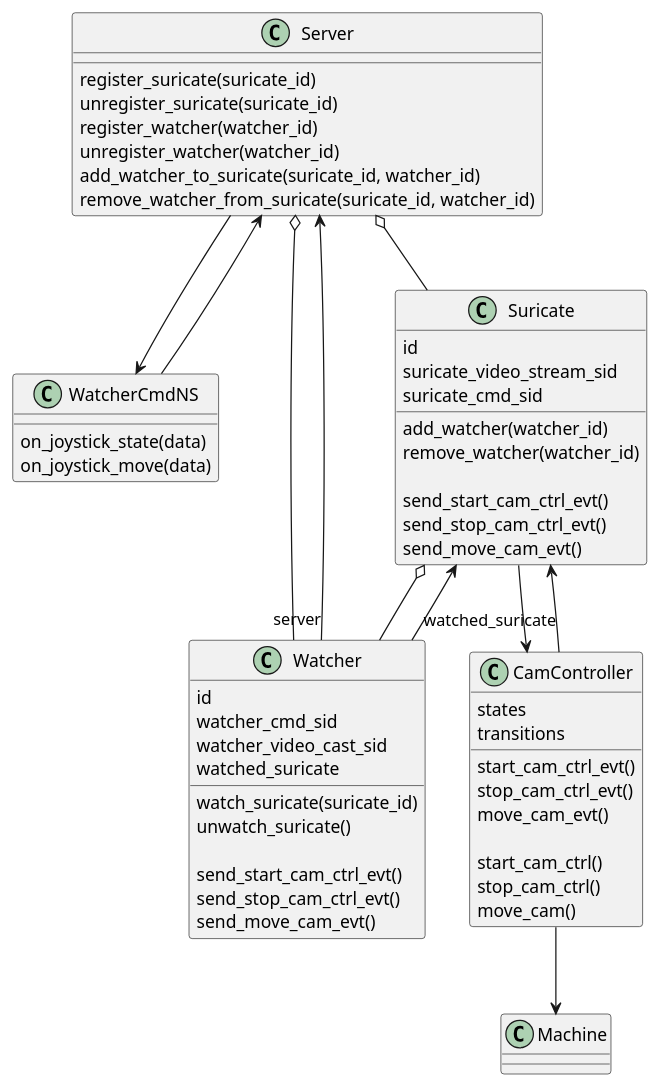
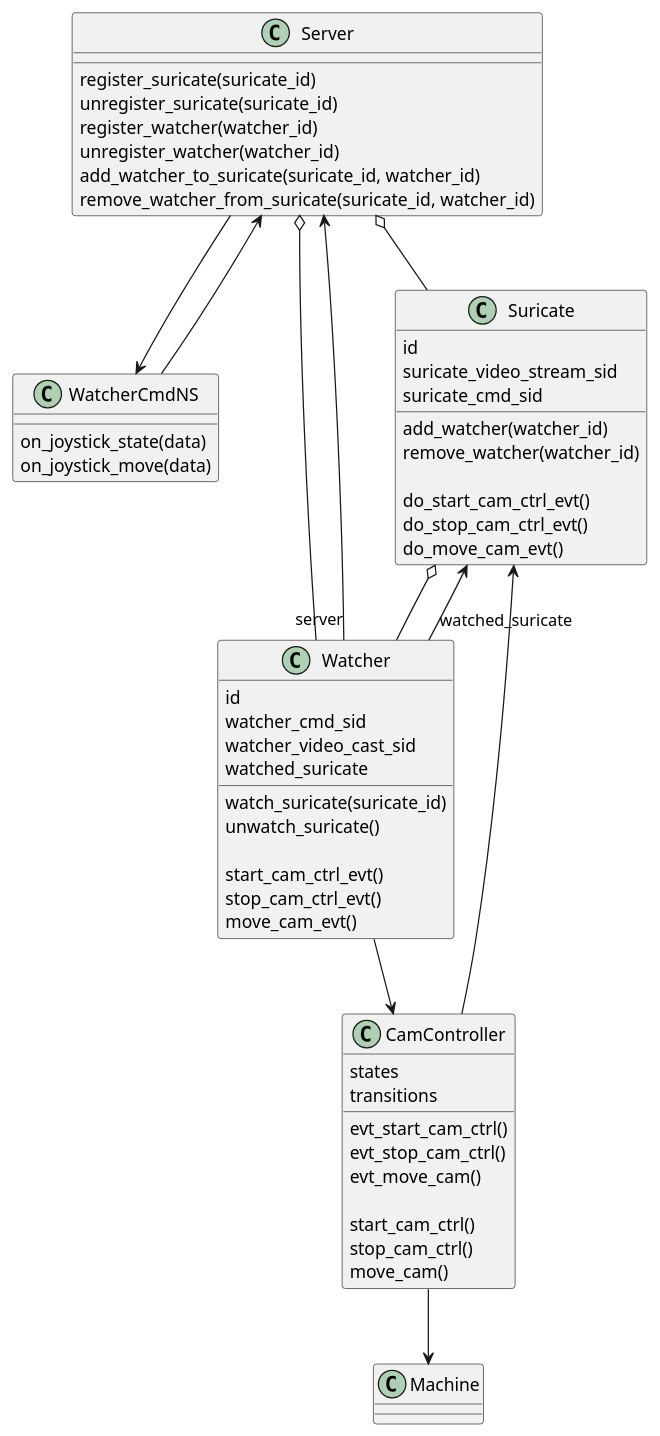
One commit to dkleinbe/suricatewatcher_server changed the diagram in doc/class.puml. Above: the diagram before and after it, drawn with PlantUML. The commit also changed 6 other files, not shown here.

```diff
--- a/doc/class.puml
+++ b/doc/class.puml
@@ -1,84 +1,84 @@
 @startuml classdiag
 
 class Server {
 
   register_suricate(suricate_id)
   unregister_suricate(suricate_id)
   register_watcher(watcher_id)
   unregister_watcher(watcher_id)
   add_watcher_to_suricate(suricate_id, watcher_id)
   remove_watcher_from_suricate(suricate_id, watcher_id)
 }
 
 class WatcherCmdNS {
   on_joystick_state(data)
   on_joystick_move(data)
 }
 
 class Suricate {
 
   id
   suricate_video_stream_sid
   suricate_cmd_sid
   
   add_watcher(watcher_id)
   remove_watcher(watcher_id)
 
-  send_start_cam_ctrl_evt()
-  send_stop_cam_ctrl_evt()
-  send_move_cam_evt()
+  do_start_cam_ctrl_evt()
+  do_stop_cam_ctrl_evt()
+  do_move_cam_evt()
 }
 
 class Watcher {
   id
   watcher_cmd_sid
   watcher_video_cast_sid
   watched_suricate
 
   watch_suricate(suricate_id)
   unwatch_suricate()
 
-  send_start_cam_ctrl_evt()
-  send_stop_cam_ctrl_evt()
-  send_move_cam_evt()
+  start_cam_ctrl_evt()
+  stop_cam_ctrl_evt()
+  move_cam_evt()
 }
 
 class CamController {
   states
   transitions
 
-  start_cam_ctrl_evt()
-  stop_cam_ctrl_evt()
-  move_cam_evt()
+  evt_start_cam_ctrl()
+  evt_stop_cam_ctrl()
+  evt_move_cam()
 
   start_cam_ctrl()
   stop_cam_ctrl()
   move_cam()  
 }
 
 
 
 class Machine {
 
 }
 
 
 Server o-- Suricate
 Server o-- Watcher
 Server --> WatcherCmdNS
 
 
 Watcher "watched_suricate" --> Suricate
 Watcher "server" --> Server
-Suricate --> CamController
+Watcher --> CamController
 
 
 Suricate o-- Watcher
 
 WatcherCmdNS --> Server
 
 CamController --> Machine
 CamController --> Suricate
 
 
 @enduml
```
